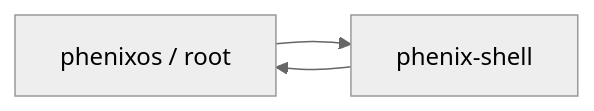
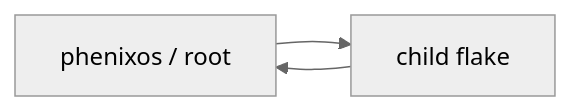
The second of 10 diagrams in docs/architecture/flake-topology.md (matthis-k/phenix), drawn with Mermaid (neutral theme) before and after one commit. The commit also changed other lines of this file and 12 other files, not shown here.

First line of the commit message:
retire phenix-shell; fix topology/graph/hooks/Tend; add glossary

````diff
--- a/docs/architecture/flake-topology.md
+++ b/docs/architecture/flake-topology.md
@@ -45,5 +45,5 @@
 ```mermaid
 flowchart LR
-  Root["phenixos / root"] --> Shell["phenix-shell"]
-  Shell --> Root
+  Root["phenixos / root"] --> Child["child flake"]
+  Child --> Root
 ```
````
